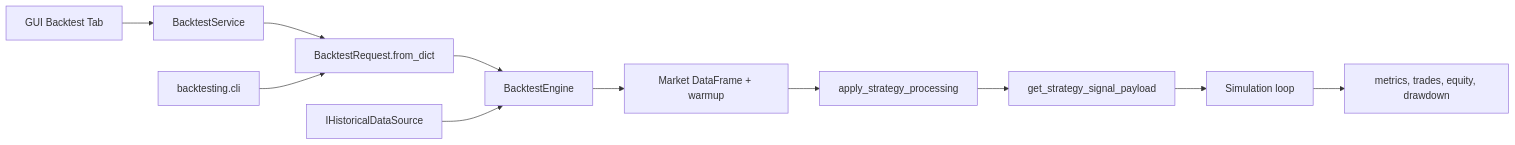
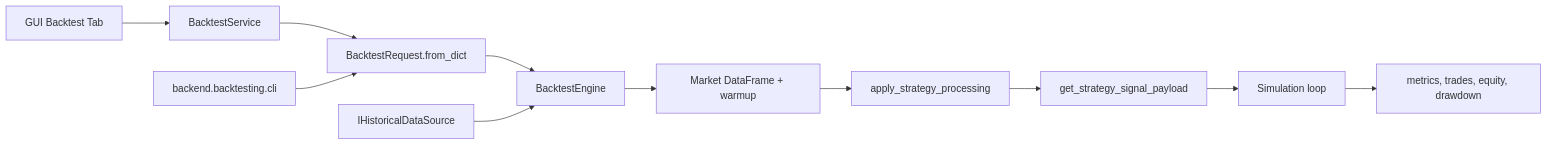
The fourth of 5 diagrams in docs/DocsTradingSystemObsidian/architecture/c4.md (aloantony/strategy-forge), drawn with Mermaid before and after one commit. The commit also changed other lines of this file and 10 other files, not shown here.

First line of the commit message:
docs: arreglar el diagrama roto y las referencias de modulo obsoletas

````diff
--- a/docs/DocsTradingSystemObsidian/architecture/c4.md
+++ b/docs/DocsTradingSystemObsidian/architecture/c4.md
@@ -99,13 +99,13 @@
 ```mermaid
 flowchart LR
   GUI["GUI Backtest Tab"] --> Service["BacktestService"]
   Service --> Request["BacktestRequest.from_dict"]
-  CLI["backtesting.cli"] --> Request
+  CLI["backend.backtesting.cli"] --> Request
   Request --> Engine["BacktestEngine"]
   Source["IHistoricalDataSource"] --> Engine
   Engine --> Market["Market DataFrame + warmup"]
   Market --> Processing["apply_strategy_processing"]
   Processing --> Signal["get_strategy_signal_payload"]
   Signal --> Sim["Simulation loop"]
   Sim --> Result["metrics, trades, equity, drawdown"]
 ```
````
